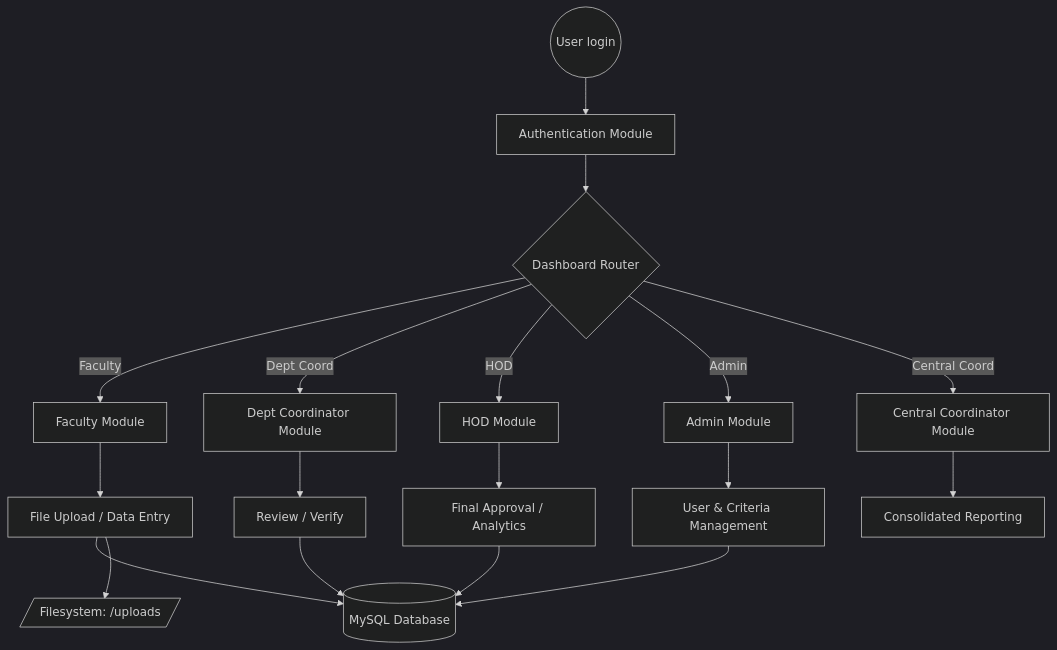
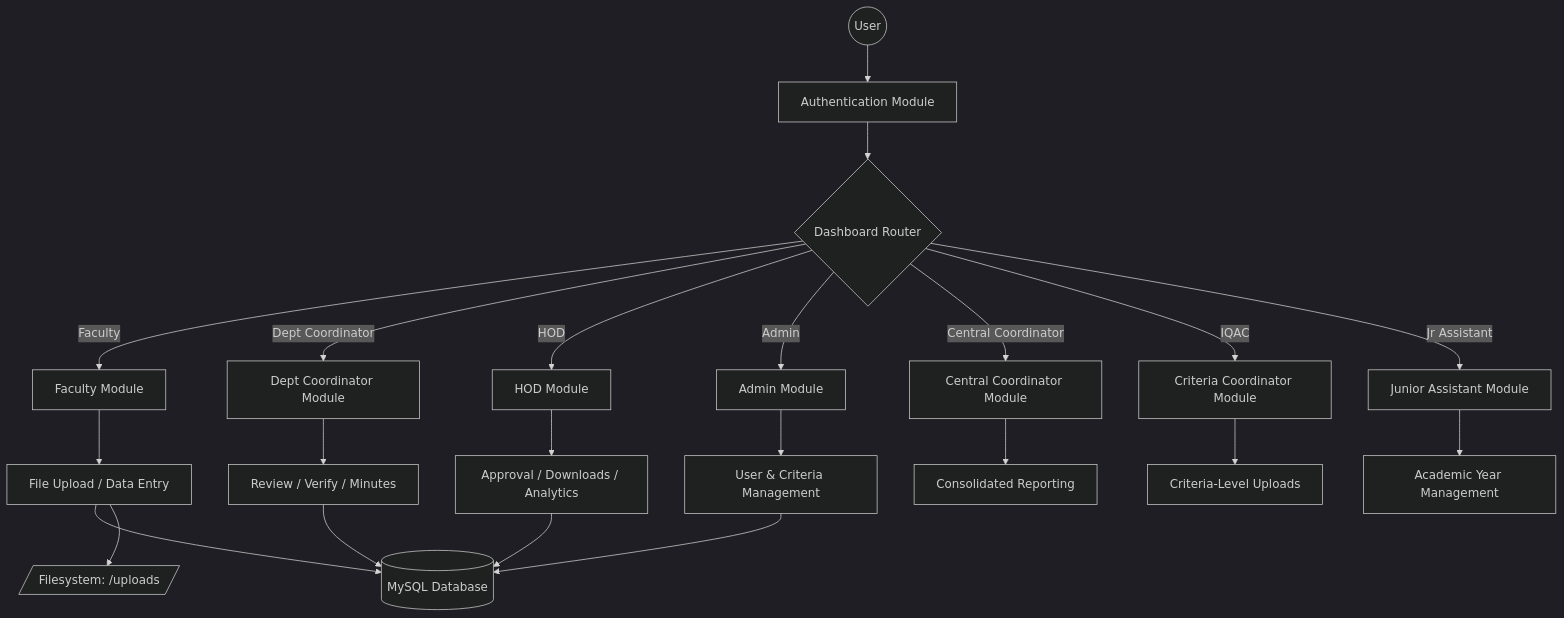
Before and after one commit to Karanam-Gowtham/FMS: the first of 2 diagrams in README.md, drawn with Mermaid (dark theme). The commit also changed other lines of this file, not shown here.

````diff
--- a/README.md
+++ b/README.md
@@ -33,23 +35,24 @@
 ```mermaid
 graph TD
-    User((User login)) --> Auth[Authentication Module]
+    User((User)) --> Auth[Authentication Module]
     Auth --> Dashboard{Dashboard Router}
     
-    %% Role-Specific Dashboards
     Dashboard -- Faculty --> FacMod[Faculty Module]
-    Dashboard -- Dept Coord --> DCMod[Dept Coordinator Module]
+    Dashboard -- Dept Coordinator --> DCMod[Dept Coordinator Module]
     Dashboard -- HOD --> HODMod[HOD Module]
     Dashboard -- Admin --> AdminMod[Admin Module]
-    Dashboard -- Central Coord --> CCMod[Central Coordinator Module]
+    Dashboard -- Central Coordinator --> CCMod[Central Coordinator Module]
+    Dashboard -- IQAC --> IQACMod[Criteria Coordinator Module]
+    Dashboard -- Jr Assistant --> JAMod[Junior Assistant Module]
     
-    %% Core Operations
     FacMod --> Upload[File Upload / Data Entry]
-    DCMod --> Review[Review / Verify]
-    HODMod --> FinalApprove[Final Approval / Analytics]
+    DCMod --> Review[Review / Verify / Minutes]
+    HODMod --> FinalApprove[Approval / Downloads / Analytics]
     CCMod --> Consolidation[Consolidated Reporting]
     AdminMod --> Config[User & Criteria Management]
+    IQACMod --> CritMgmt[Criteria-Level Uploads]
+    JAMod --> AcdYear[Academic Year Management]
     
-    %% Shared Infrastructure
     Upload & Review & FinalApprove & Config --> DB[(MySQL Database)]
     Upload --> Storage[/Filesystem: /uploads/]
 ```
````
